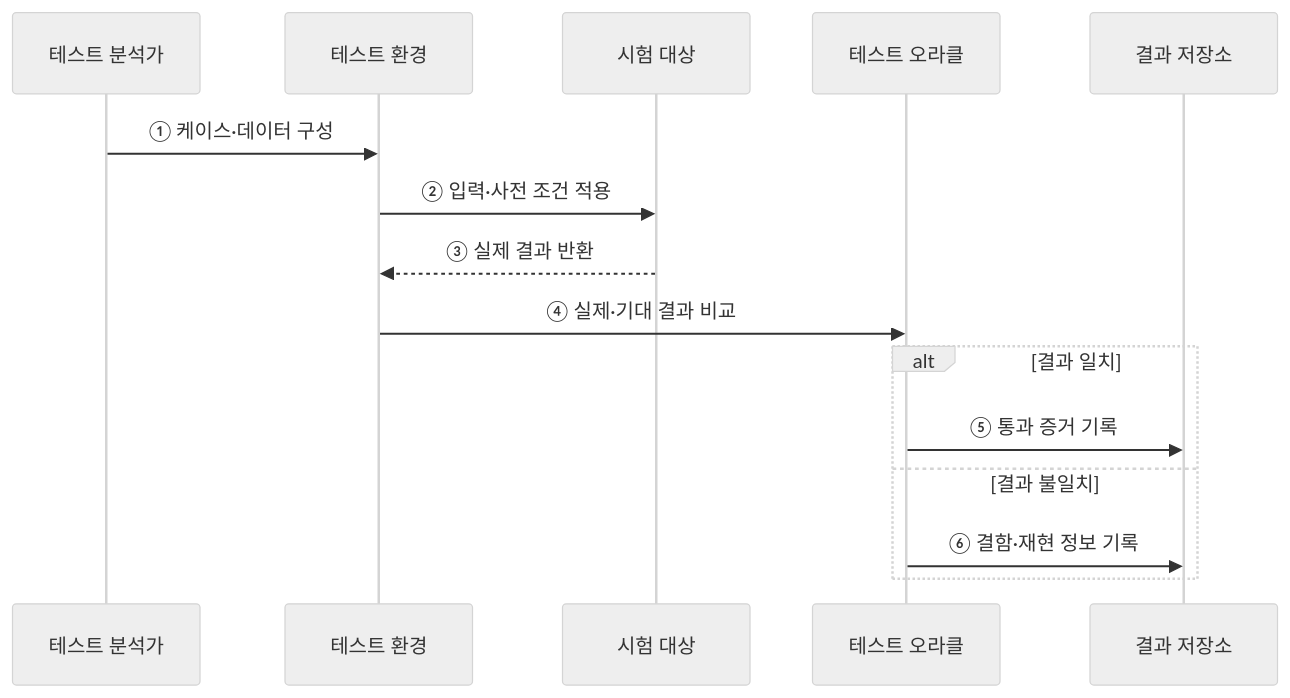
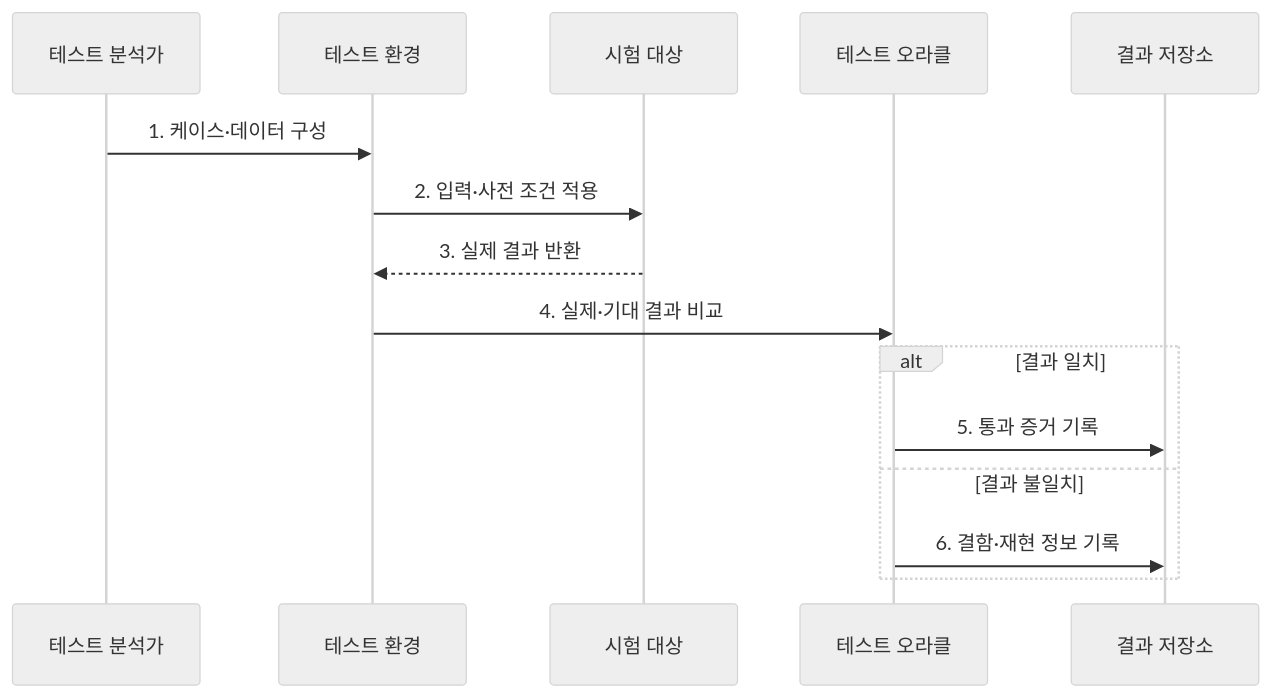
One commit to agnusdei1207/knowledge-base changed the second of 2 diagrams in src/content/docs/notes/03-software/058_software_testing.md. Above: the diagram before and after it, drawn with Mermaid (neutral theme). The commit also changed other lines of this file and 20 other files, not shown here.

````diff
--- a/src/content/docs/notes/03-software/058_software_testing.md
+++ b/src/content/docs/notes/03-software/058_software_testing.md
@@ -70,17 +81,17 @@
 ```mermaid
 sequenceDiagram
     participant A as 테스트 분석가
     participant E as 테스트 환경
     participant S as 시험 대상
     participant O as 테스트 오라클
     participant R as 결과 저장소
-    A->>E: ① 케이스·데이터 구성
-    E->>S: ② 입력·사전 조건 적용
-    S-->>E: ③ 실제 결과 반환
-    E->>O: ④ 실제·기대 결과 비교
+    A->>E: 1. 케이스·데이터 구성
+    E->>S: 2. 입력·사전 조건 적용
+    S-->>E: 3. 실제 결과 반환
+    E->>O: 4. 실제·기대 결과 비교
     alt 결과 일치
-        O->>R: ⑤ 통과 증거 기록
+        O->>R: 5. 통과 증거 기록
     else 결과 불일치
-        O->>R: ⑥ 결함·재현 정보 기록
+        O->>R: 6. 결함·재현 정보 기록
     end
 ```
````
